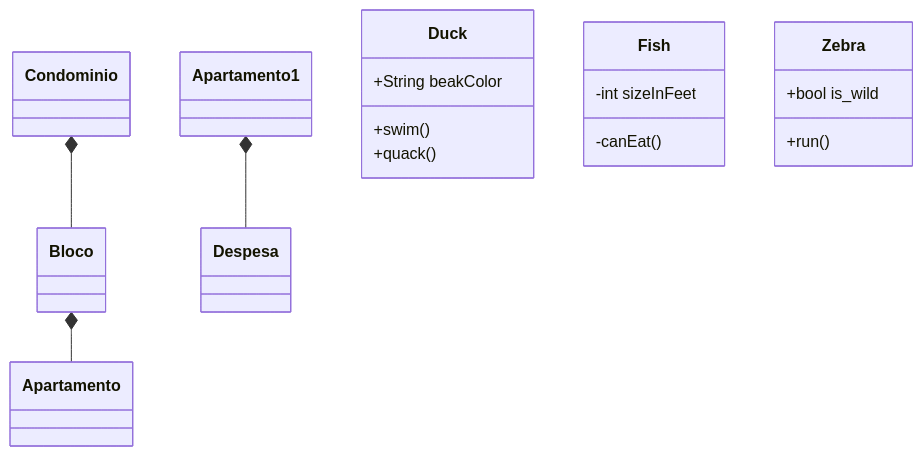
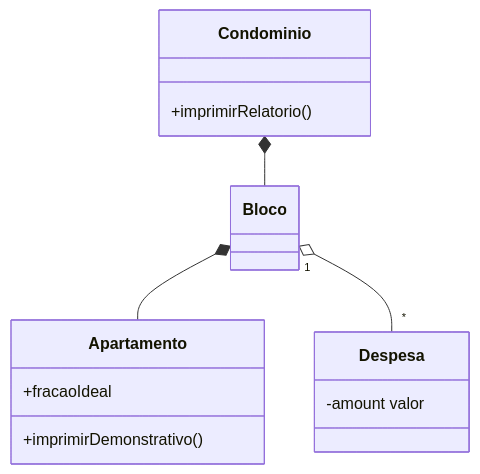
Before and after one commit to edsonbin/group_questao1: the diagram in doc/classes.md, drawn with Mermaid. The commit also changed 2 other files, not shown here.

````diff
--- a/doc/classes.md
+++ b/doc/classes.md
@@ -3,21 +3,18 @@
 ```mermaid
 
 classDiagram
       Condominio *-- Bloco
       Bloco *-- Apartamento
-      Apartamento1 *-- Despesa 
+      Bloco "1" o-- "*" Despesa
 
-      class Duck{
-          +String beakColor
-          +swim()
-          +quack()
+      class Apartamento{
+          +fracaoIdeal
+          +imprimirDemonstrativo()
       }
-      class Fish{
-          -int sizeInFeet
-          -canEat()
+      class Despesa{
+          -amount valor
       }
-      class Zebra{
-          +bool is_wild
-          +run()
+      class Condominio{
+          +imprimirRelatorio()
       }
 ```
````
